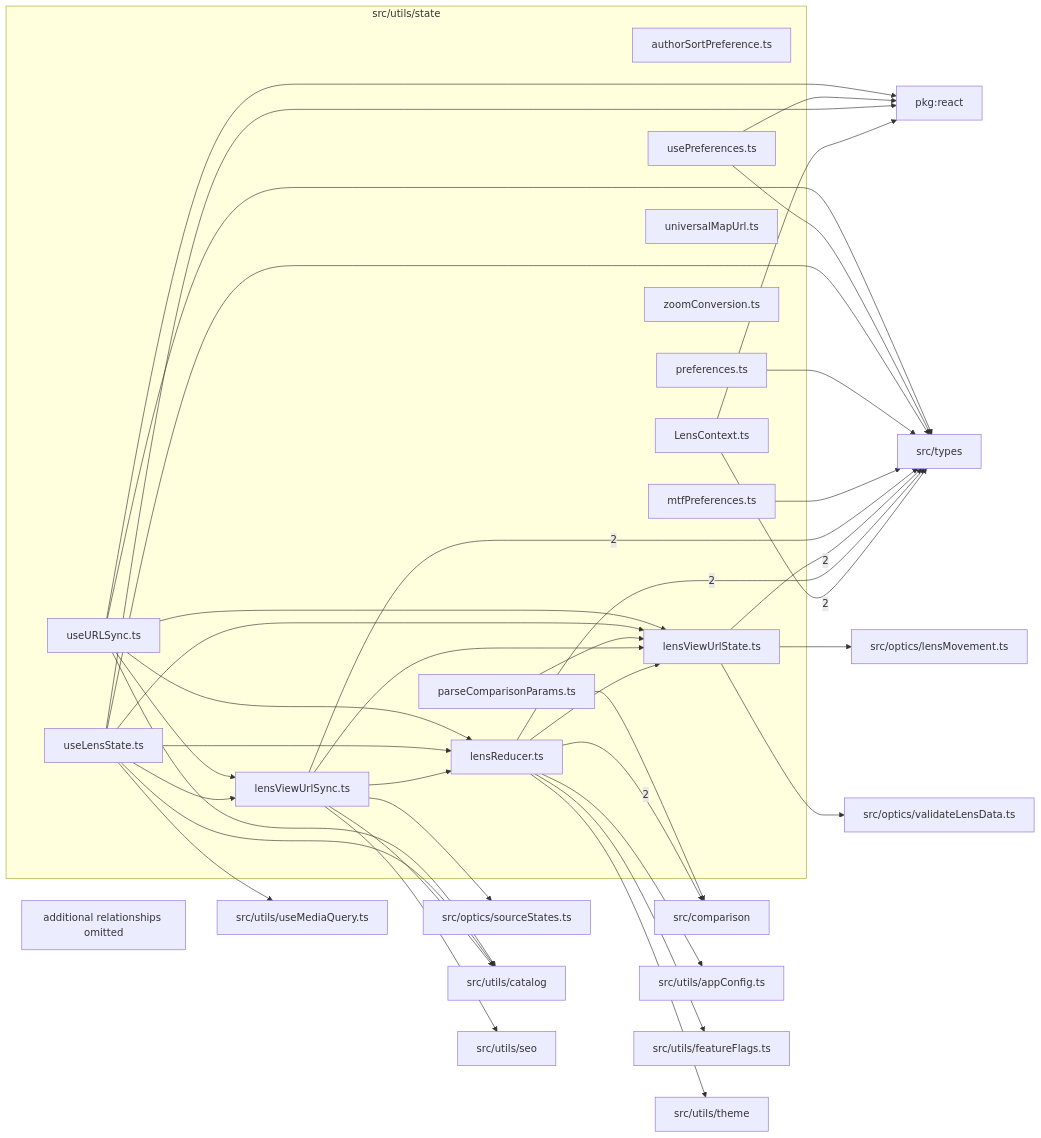
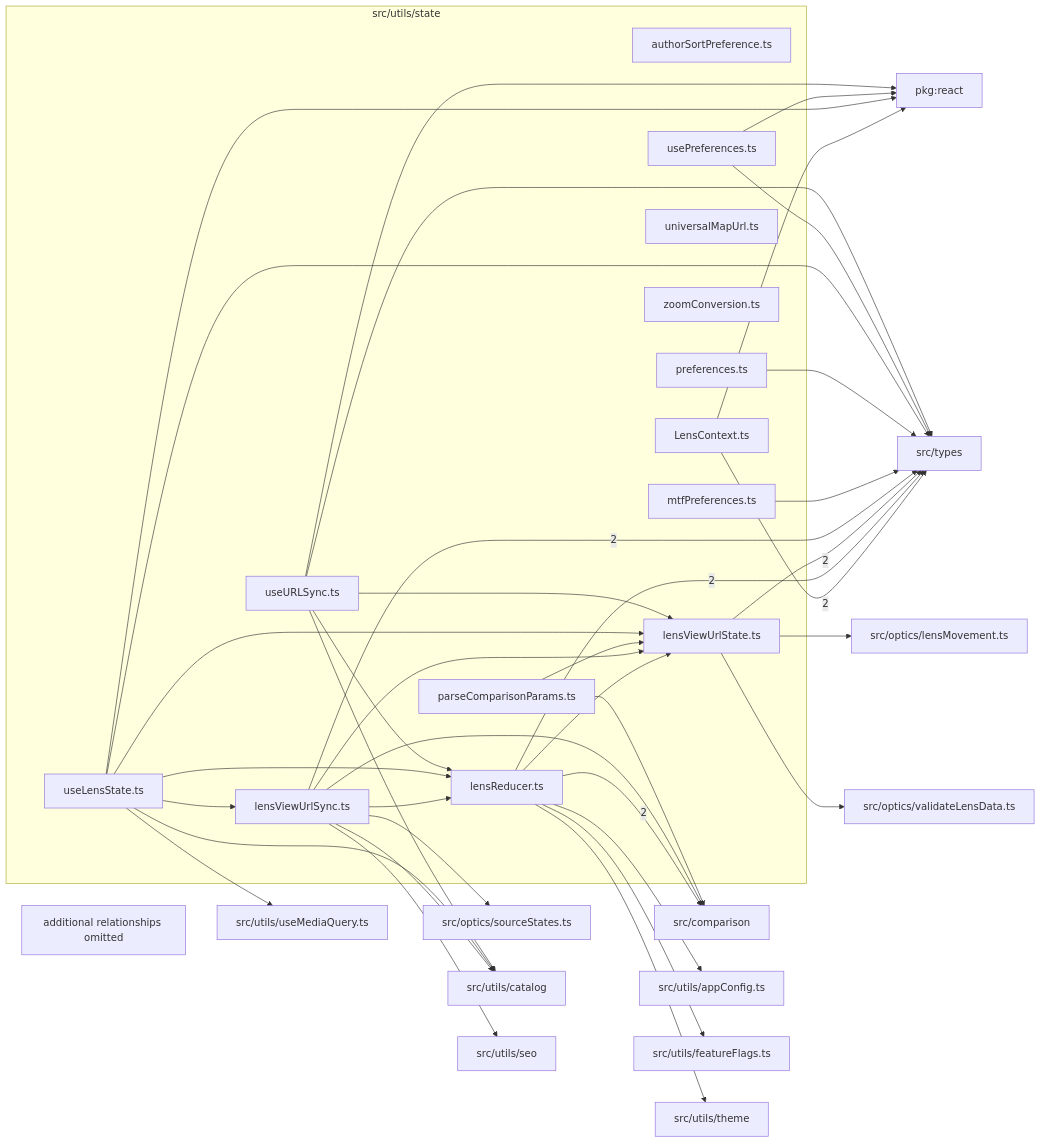
Before and after one commit to ronbuening/LensVisualizer: the diagram in src/utils/state/readme.md, drawn with Mermaid. The commit also changed other lines of this file and 14 other files, not shown here.

````diff
--- a/src/utils/state/readme.md
+++ b/src/utils/state/readme.md
@@ -9,67 +9,67 @@
 ```mermaid
 flowchart LR
   subgraph n_src_utils_state["src/utils/state"]
     n_src_utils_state_src_utils_state_authorSortPreference_ts["authorSortPreference.ts"]
     n_src_utils_state_src_utils_state_LensContext_ts["LensContext.ts"]
     n_src_utils_state_src_utils_state_lensReducer_ts["lensReducer.ts"]
     n_src_utils_state_src_utils_state_lensViewUrlState_ts["lensViewUrlState.ts"]
     n_src_utils_state_src_utils_state_lensViewUrlSync_ts["lensViewUrlSync.ts"]
     n_src_utils_state_src_utils_state_mtfPreferences_ts["mtfPreferences.ts"]
     n_src_utils_state_src_utils_state_parseComparisonParams_ts["parseComparisonParams.ts"]
     n_src_utils_state_src_utils_state_preferences_ts["preferences.ts"]
     n_src_utils_state_src_utils_state_universalMapUrl_ts["universalMapUrl.ts"]
     n_src_utils_state_src_utils_state_useLensState_ts["useLensState.ts"]
     n_src_utils_state_src_utils_state_usePreferences_ts["usePreferences.ts"]
     n_src_utils_state_src_utils_state_useURLSync_ts["useURLSync.ts"]
     n_src_utils_state_src_utils_state_zoomConversion_ts["zoomConversion.ts"]
   end
   n_external_src_comparison["src/comparison"]
   n_external_src_types["src/types"]
   n_external_pkg_react["pkg:react"]
   n_external_src_optics_lensMovement_ts["src/optics/lensMovement.ts"]
   n_external_src_optics_sourceStates_ts["src/optics/sourceStates.ts"]
   n_external_src_optics_validateLensData_ts["src/optics/validateLensData.ts"]
   n_external_src_utils_appConfig_ts["src/utils/appConfig.ts"]
   n_external_src_utils_catalog["src/utils/catalog"]
   n_external_src_utils_featureFlags_ts["src/utils/featureFlags.ts"]
   n_external_src_utils_seo["src/utils/seo"]
   n_external_src_utils_theme["src/utils/theme"]
   n_external_src_utils_useMediaQuery_ts["src/utils/useMediaQuery.ts"]
   n_src_utils_state_src_utils_state_lensReducer_ts --> |2| n_external_src_comparison
   n_src_utils_state_src_utils_state_LensContext_ts --> |2| n_external_src_types
   n_src_utils_state_src_utils_state_lensReducer_ts --> |2| n_external_src_types
   n_src_utils_state_src_utils_state_lensViewUrlState_ts --> |2| n_external_src_types
   n_src_utils_state_src_utils_state_lensViewUrlSync_ts --> |2| n_external_src_types
   n_src_utils_state_src_utils_state_LensContext_ts --> n_external_pkg_react
   n_src_utils_state_src_utils_state_useLensState_ts --> n_external_pkg_react
   n_src_utils_state_src_utils_state_usePreferences_ts --> n_external_pkg_react
   n_src_utils_state_src_utils_state_useURLSync_ts --> n_external_pkg_react
+  n_src_utils_state_src_utils_state_lensViewUrlSync_ts --> n_external_src_comparison
   n_src_utils_state_src_utils_state_parseComparisonParams_ts --> n_external_src_comparison
   n_src_utils_state_src_utils_state_lensViewUrlState_ts --> n_external_src_optics_lensMovement_ts
   n_src_utils_state_src_utils_state_lensViewUrlSync_ts --> n_external_src_optics_sourceStates_ts
   n_src_utils_state_src_utils_state_lensViewUrlState_ts --> n_external_src_optics_validateLensData_ts
   n_src_utils_state_src_utils_state_mtfPreferences_ts --> n_external_src_types
   n_src_utils_state_src_utils_state_preferences_ts --> n_external_src_types
   n_src_utils_state_src_utils_state_useLensState_ts --> n_external_src_types
   n_src_utils_state_src_utils_state_usePreferences_ts --> n_external_src_types
   n_src_utils_state_src_utils_state_useURLSync_ts --> n_external_src_types
   n_src_utils_state_src_utils_state_lensReducer_ts --> n_external_src_utils_appConfig_ts
   n_src_utils_state_src_utils_state_lensViewUrlSync_ts --> n_external_src_utils_catalog
   n_src_utils_state_src_utils_state_useLensState_ts --> n_external_src_utils_catalog
   n_src_utils_state_src_utils_state_useURLSync_ts --> n_external_src_utils_catalog
   n_src_utils_state_src_utils_state_lensReducer_ts --> n_external_src_utils_featureFlags_ts
   n_src_utils_state_src_utils_state_lensViewUrlSync_ts --> n_external_src_utils_seo
   n_src_utils_state_src_utils_state_lensReducer_ts --> n_external_src_utils_theme
   n_src_utils_state_src_utils_state_useLensState_ts --> n_external_src_utils_useMediaQuery_ts
   n_src_utils_state_src_utils_state_lensViewUrlSync_ts --> n_src_utils_state_src_utils_state_lensReducer_ts
   n_src_utils_state_src_utils_state_useLensState_ts --> n_src_utils_state_src_utils_state_lensReducer_ts
   n_src_utils_state_src_utils_state_useURLSync_ts --> n_src_utils_state_src_utils_state_lensReducer_ts
   n_src_utils_state_src_utils_state_lensReducer_ts --> n_src_utils_state_src_utils_state_lensViewUrlState_ts
   n_src_utils_state_src_utils_state_lensViewUrlSync_ts --> n_src_utils_state_src_utils_state_lensViewUrlState_ts
   n_src_utils_state_src_utils_state_parseComparisonParams_ts --> n_src_utils_state_src_utils_state_lensViewUrlState_ts
   n_src_utils_state_src_utils_state_useLensState_ts --> n_src_utils_state_src_utils_state_lensViewUrlState_ts
   n_src_utils_state_src_utils_state_useURLSync_ts --> n_src_utils_state_src_utils_state_lensViewUrlState_ts
   n_src_utils_state_src_utils_state_useLensState_ts --> n_src_utils_state_src_utils_state_lensViewUrlSync_ts
-  n_src_utils_state_src_utils_state_useURLSync_ts --> n_src_utils_state_src_utils_state_lensViewUrlSync_ts
   n_src_utils_state_truncated["additional relationships omitted"]
 ```
````
